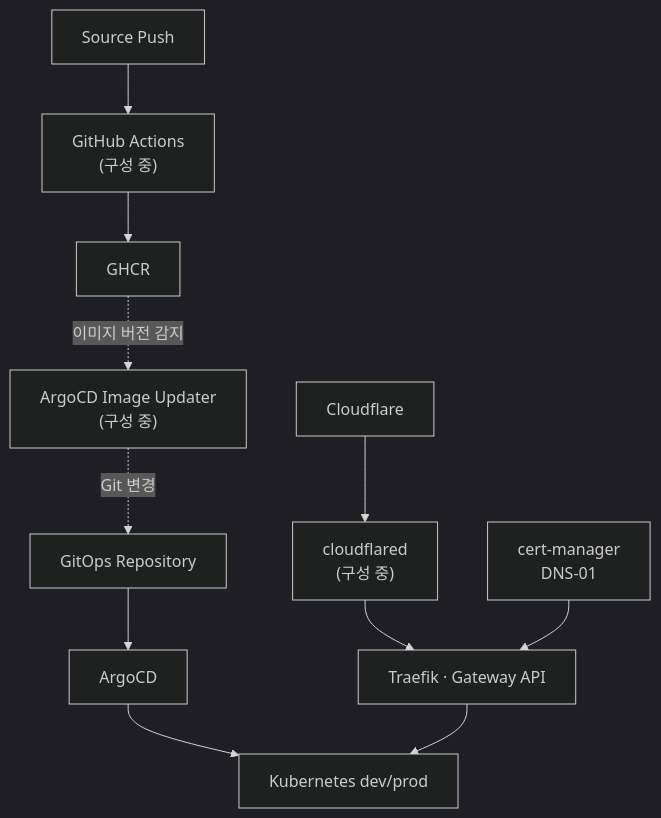
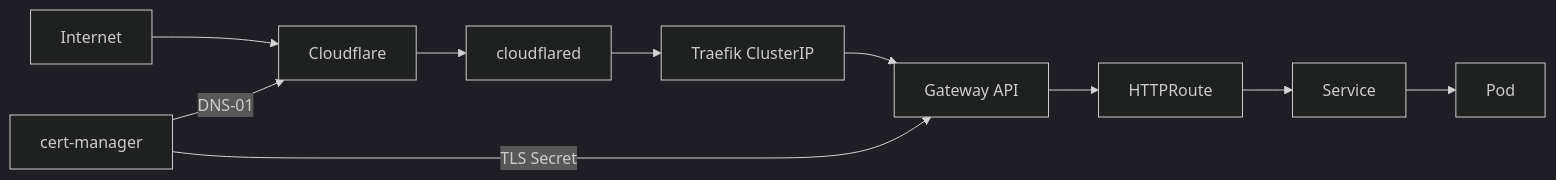
Before and after one commit to hweyoung/homelab: the third of 5 diagrams in README.md, drawn with Mermaid (dark theme). The commit also changed other lines of this file and 10 other files, not shown here.

````diff
--- a/README.md
+++ b/README.md
@@ -110,14 +152,11 @@
 ```mermaid
-flowchart TB
-    DEV["Source Push"] --> CI["GitHub Actions<br/>(구성 중)"]
-    CI --> REG["GHCR"]
-    REG -. "이미지 버전 감지" .-> UPD["ArgoCD Image Updater<br/>(구성 중)"]
-    UPD -. "Git 변경" .-> GIT["GitOps Repository"]
-    GIT --> ARGO["ArgoCD"]
-    ARGO --> K8S["Kubernetes dev/prod"]
-
-    CF["Cloudflare"] --> CFD["cloudflared<br/>(구성 중)"]
-    CFD --> GW["Traefik · Gateway API"]
-    GW --> K8S
-    CM["cert-manager<br/>DNS-01"] --> GW
+flowchart LR
+    USER["Internet"] --> CF["Cloudflare"]
+    CF --> TUNNEL["cloudflared"]
+    TUNNEL --> TRAEFIK["Traefik ClusterIP"]
+    TRAEFIK --> GW["Gateway API"]
+    GW --> ROUTE["HTTPRoute"]
+    ROUTE --> SVC["Service"] --> POD["Pod"]
+    CERT["cert-manager"] -->|"DNS-01"| CF
+    CERT -->|"TLS Secret"| GW
 ```
````
